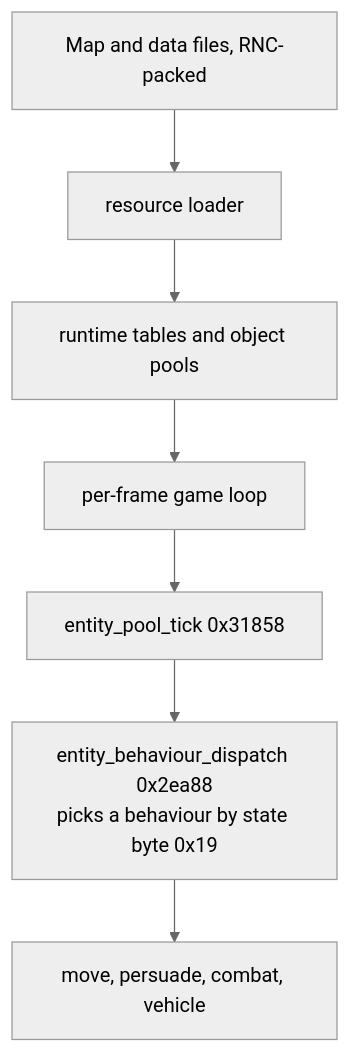
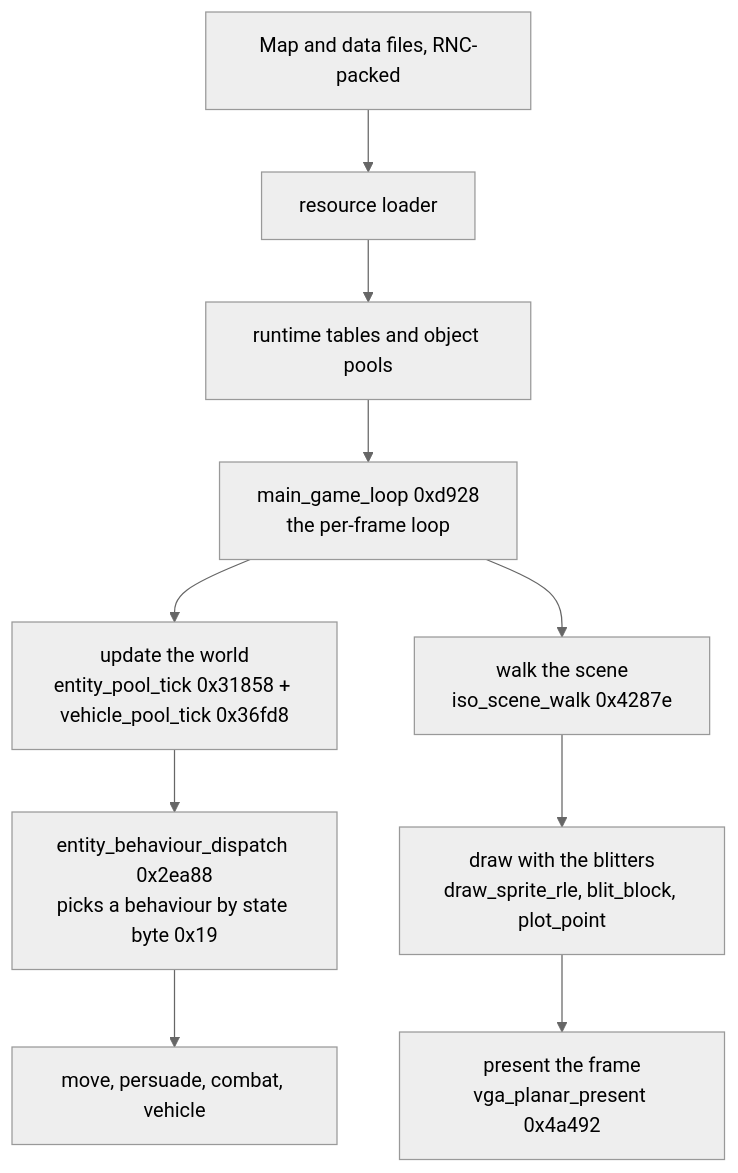
Before and after one commit to WildPress/vibesynd: the first of 8 diagrams in docs/game-systems.md, drawn with Mermaid (neutral theme). The commit also changed other lines of this file, not shown here.

First line of the commit message:
docs: expand game-systems.md -- the frame pipeline and an entity's turn

````diff
--- a/docs/game-systems.md
+++ b/docs/game-systems.md
@@ -8,9 +8,12 @@
 ```mermaid
 flowchart TD
     F["Map and data files, RNC-packed"] --> R["resource loader"]
     R --> G["runtime tables and object pools"]
-    G --> L["per-frame game loop"]
-    L --> T["entity_pool_tick 0x31858"]
-    T --> D["entity_behaviour_dispatch 0x2ea88<br/>picks a behaviour by state byte 0x19"]
+    G --> L["main_game_loop 0xd928<br/>the per-frame loop"]
+    L --> U["update the world<br/>entity_pool_tick 0x31858 + vehicle_pool_tick 0x36fd8"]
+    U --> D["entity_behaviour_dispatch 0x2ea88<br/>picks a behaviour by state byte 0x19"]
     D --> B["move, persuade, combat, vehicle"]
+    L --> W["walk the scene<br/>iso_scene_walk 0x4287e"]
+    W --> DR["draw with the blitters<br/>draw_sprite_rle, blit_block, plot_point"]
+    DR --> P["present the frame<br/>vga_planar_present 0x4a492"]
 ```
````
